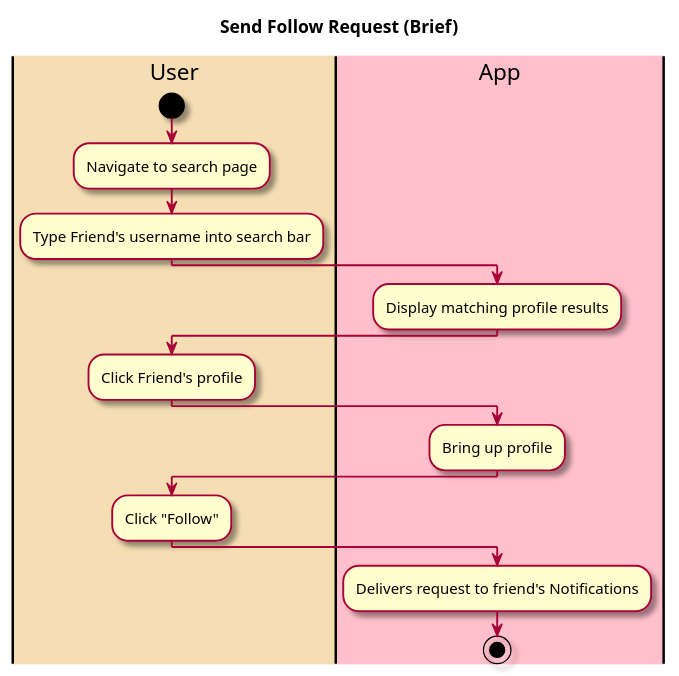
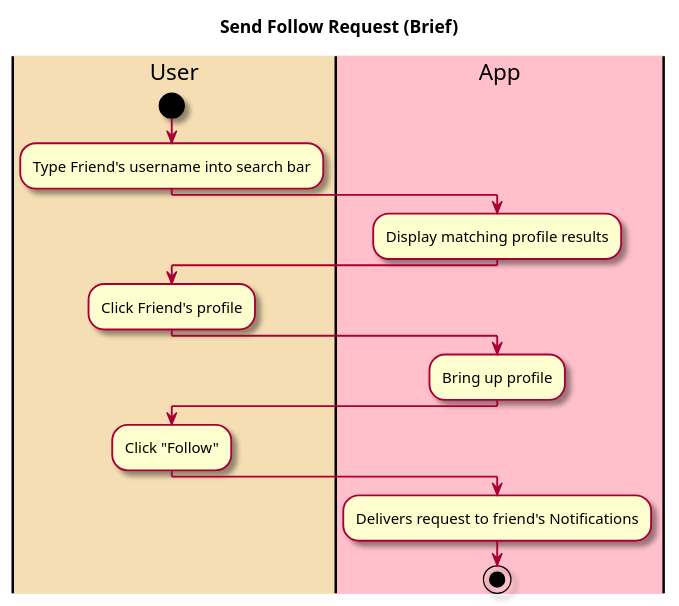
The diagram in intellij/doc/use_cases/send-follow-request.md (tanwasp/LunchBox-Android), drawn with PlantUML before and after one commit. The commit also changed other lines of this file and 12 other files, not shown here.

````diff
--- a/intellij/doc/use_cases/send-follow-request.md
+++ b/intellij/doc/use_cases/send-follow-request.md
@@ -24,33 +25,32 @@
 ```plantuml
 @startuml
 
 skin rose
 
 title Send Follow Request (Brief)
 
 |#wheat|User|
 |#pink|App|
 
 |User|
 start
-:Navigate to search page;
 :Type Friend's username into search bar;
 
 |App|
 :Display matching profile results;
 
 |User|
 :Click Friend's profile;
 
 |App|
 :Bring up profile;
 
 |User|
 :Click "Follow";
 
 |App|
 :Delivers request to friend's Notifications;
 
 stop
 @enduml
 ```
````
